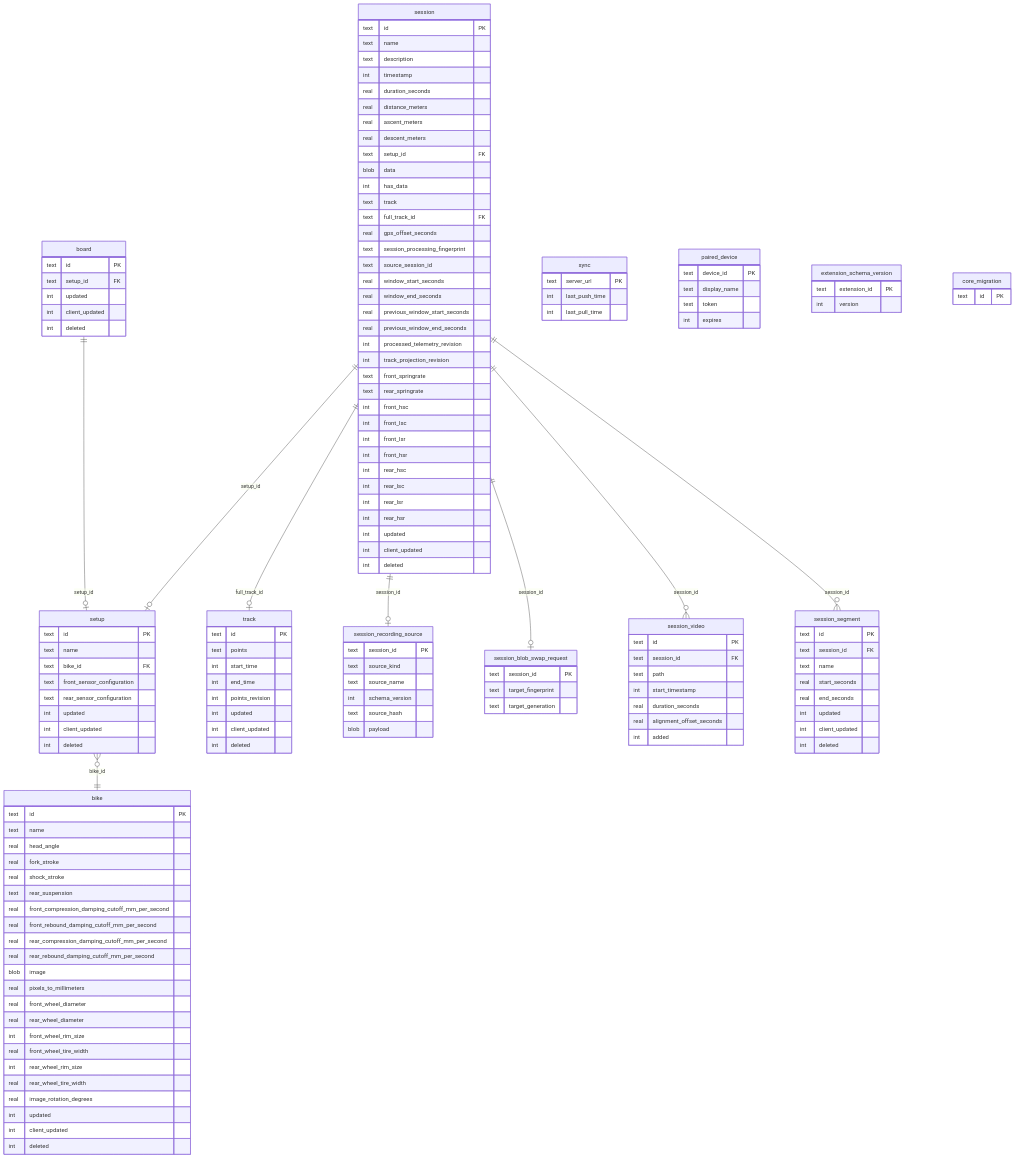
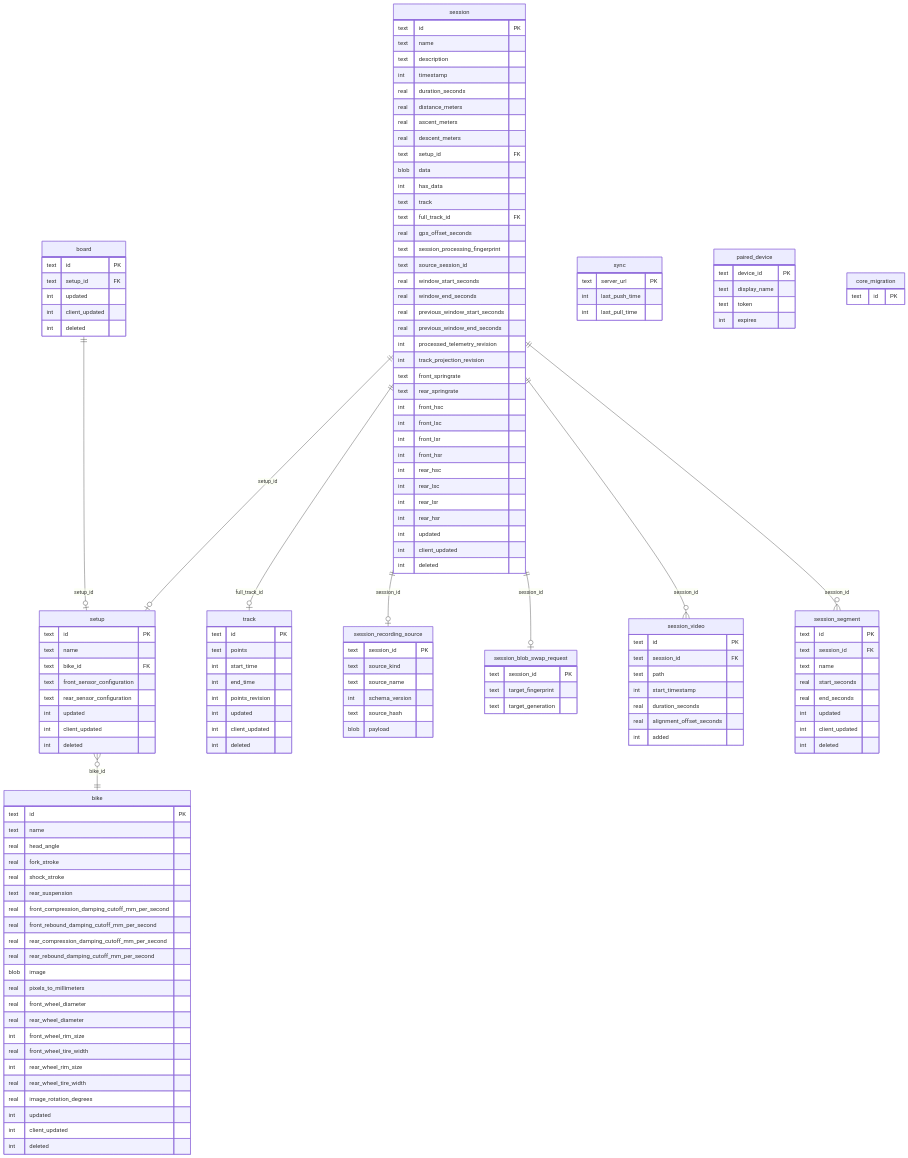
Before and after one commit to MoridinBG/Sufni.app: the diagram in docs/architecture/persistence.md, drawn with Mermaid. The commit also changed other lines of this file and 16 other files, not shown here.

```diff
--- a/docs/architecture/persistence.md
+++ b/docs/architecture/persistence.md
@@ -157,11 +157,6 @@
         int expires
     }
 
-    extension_schema_version {
-        text extension_id PK
-        int version
-    }
-
     core_migration {
         text id PK
     }
```
